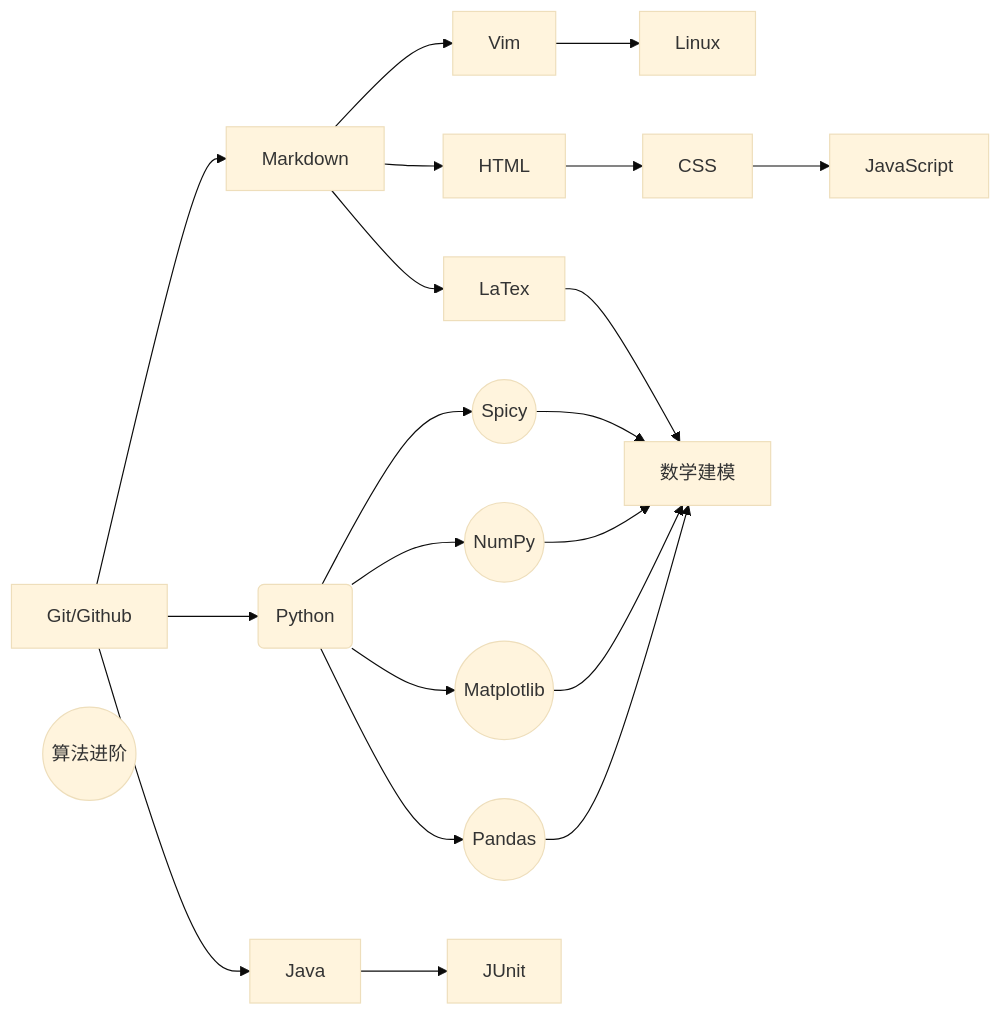
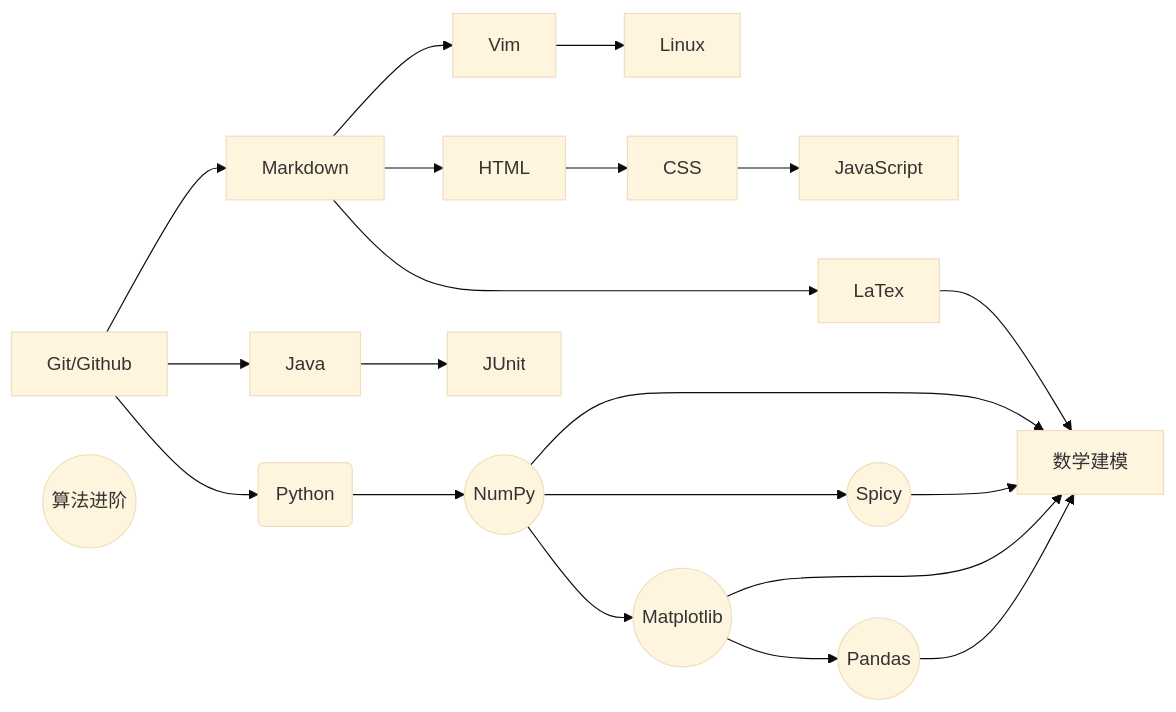
Before and after one commit to NPUYUN/Note: the diagram in README.md, drawn with Mermaid (base theme). The commit also changed 29 other files, not shown here.

````diff
--- a/README.md
+++ b/README.md
@@ -17,40 +17,40 @@
 ```mermaid
 graph LR
     A[Git/Github]
     B[Markdown]
     C[Vim]
     D[Linux]
     E(Python)
     F[Java]
     G[HTML]
     H[CSS]
     I[JavaScript]
     J((算法进阶))
     K[数学建模]
     L[LaTex]
     M((Spicy))
     N((NumPy))
     O((Matplotlib))
     P((Pandas))
     R[JUnit]
 
     A --> B
     A --> E
     A --> F
     B --> C
     B --> G
     B --> L
     C --> D
-    E --> M
     E --> N
-    E --> O
-    E --> P
     F --> R
     G --> H
     H --> I
     L --> K
+    N --> M
+    N --> O
+    O --> P
+    N --> K
     M --> K
-    N --> K
     O --> K
     P --> K
 ```
````
